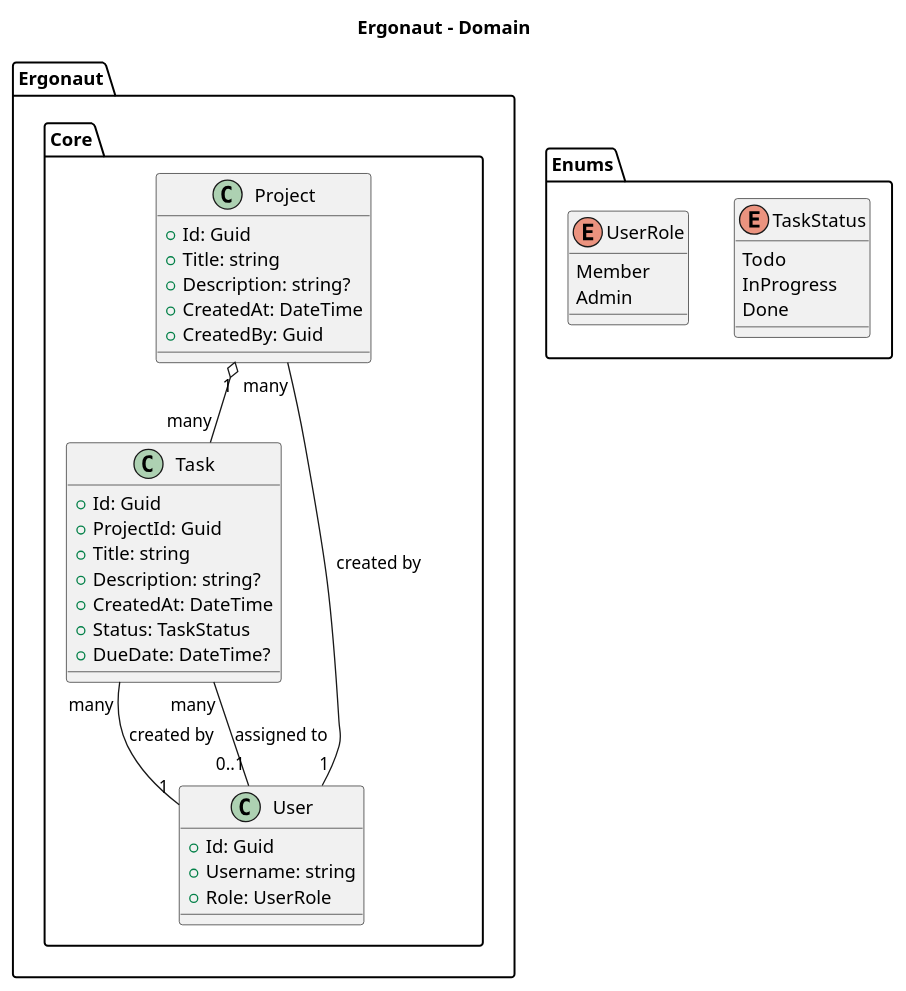
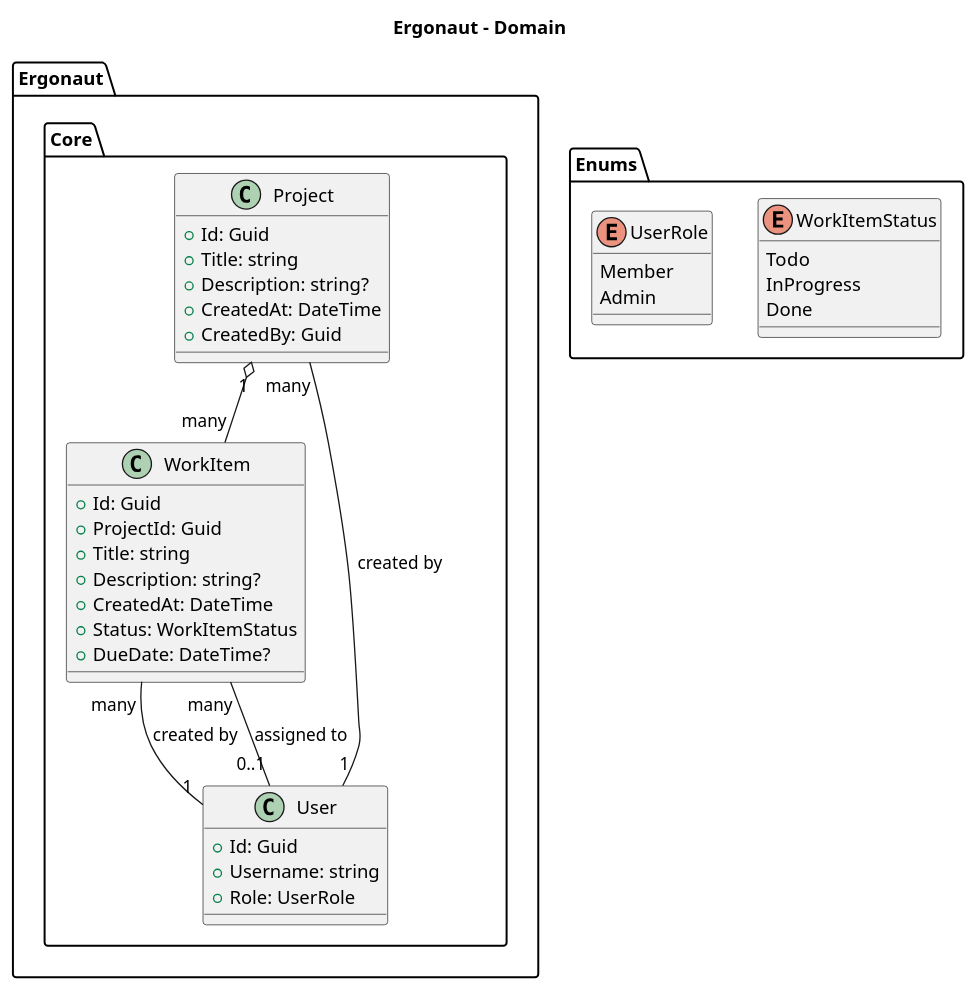
The diagram in docs/uml/domain.puml (LukasLeindals/ergonaut), drawn with PlantUML before and after one commit. The commit also changed 111 other files, not shown here.

```diff
--- a/docs/uml/domain.puml
+++ b/docs/uml/domain.puml
@@ -1,54 +1,54 @@
 @startuml domain
 title Ergonaut - Domain
 
 package "Ergonaut.Core" {
 
   class Project {
     +Id: Guid
     +Title: string
     +Description: string?
     +CreatedAt: DateTime
     +CreatedBy: Guid
   }
-  Project "1" o-- "many" Task
+  Project "1" o-- "many" WorkItem
   Project "many" -- "1" User : created by
 
-  class Task {
+  class WorkItem {
     +Id: Guid
     +ProjectId: Guid
     +Title: string
     +Description: string?
     +CreatedAt: DateTime
-    +Status: TaskStatus
+    +Status: WorkItemStatus
     +DueDate: DateTime?
   }
-  Task "many" -- "1" User : created by
-  Task "many" -- "0..1" User : assigned to
+  WorkItem "many" -- "1" User : created by
+  WorkItem "many" -- "0..1" User : assigned to
 
 
 
   class User {
     +Id: Guid
     +Username: string
     +Role: UserRole
   }
 }
 
 package "Enums" {
-enum TaskStatus {
+enum WorkItemStatus {
   Todo
   InProgress
   Done
 }
 
 enum UserRole {
   Member
   Admin
 }
 }
 
 
 
 
 
 @enduml
```
